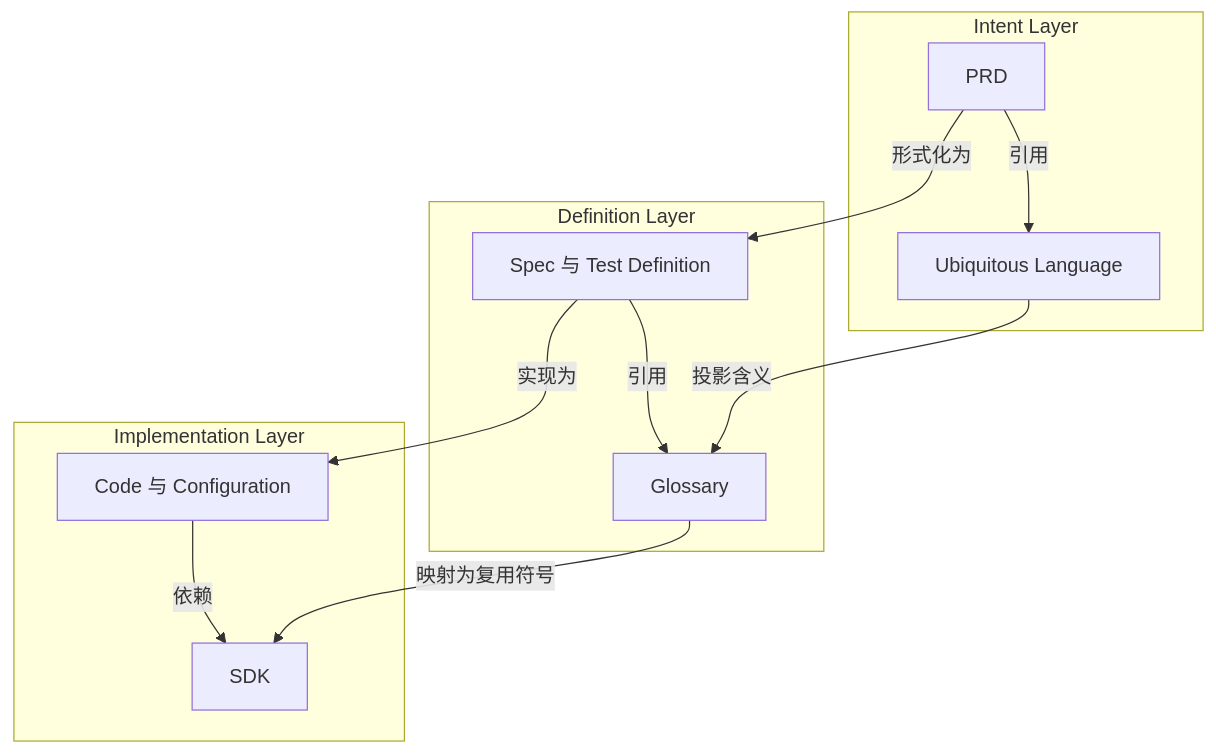
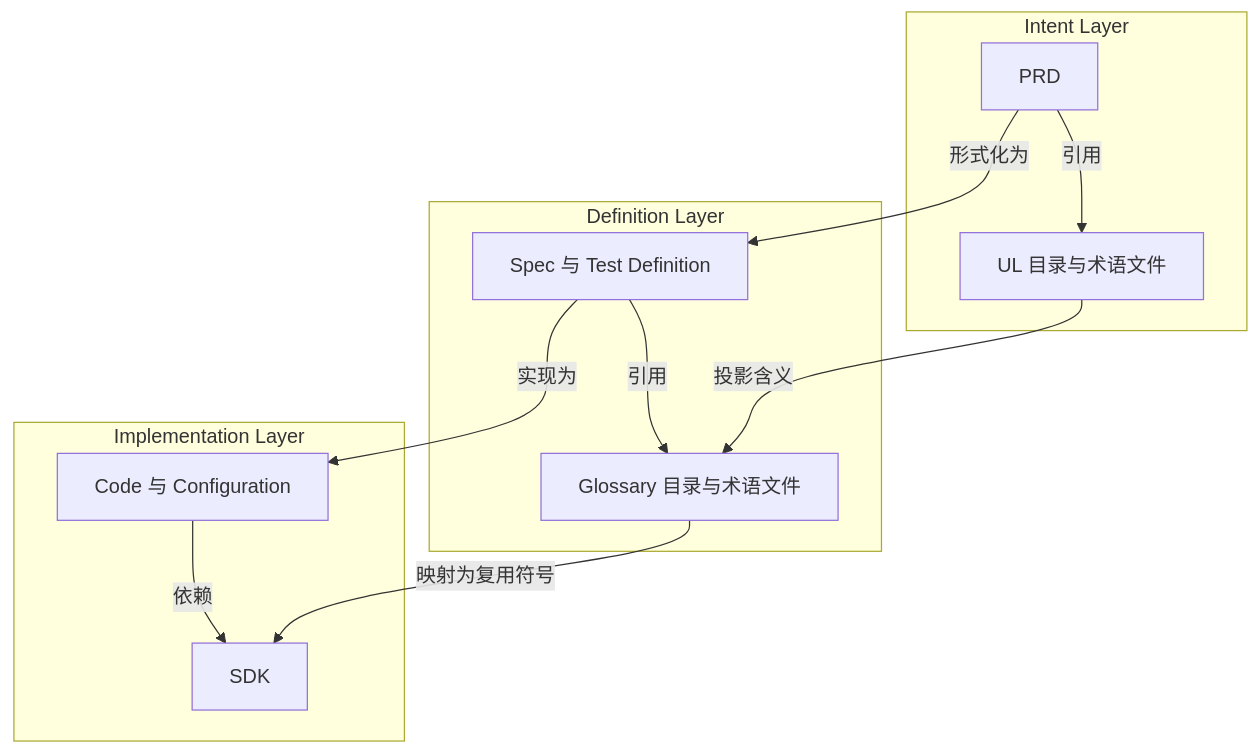
Before and after one commit to IndenScale/docs-hygiene: the diagram in docs/zh/position/01_reference_and_subject_across_three_layers.md, drawn with Mermaid. The commit also changed other lines of this file and 228 other files, not shown here.

````diff
--- a/docs/zh/position/01_reference_and_subject_across_three_layers.md
+++ b/docs/zh/position/01_reference_and_subject_across_three_layers.md
@@ -29,25 +31,25 @@
 ```mermaid
 flowchart TB
     subgraph Intent[Intent Layer]
-        UL[Ubiquitous Language]
+        UL[UL 目录与术语文件]
         PRD[PRD]
         PRD -->|引用| UL
     end
 
     subgraph Definition[Definition Layer]
-        Glossary[Glossary]
+        Glossary[Glossary 目录与术语文件]
         Spec[Spec 与 Test Definition]
         Spec -->|引用| Glossary
     end
 
     subgraph Implementation[Implementation Layer]
         SDK[SDK]
         Code[Code 与 Configuration]
         Code -->|依赖| SDK
     end
 
     UL -->|投影含义| Glossary
     Glossary -->|映射为复用符号| SDK
     PRD -->|形式化为| Spec
     Spec -->|实现为| Code
 ```
````
